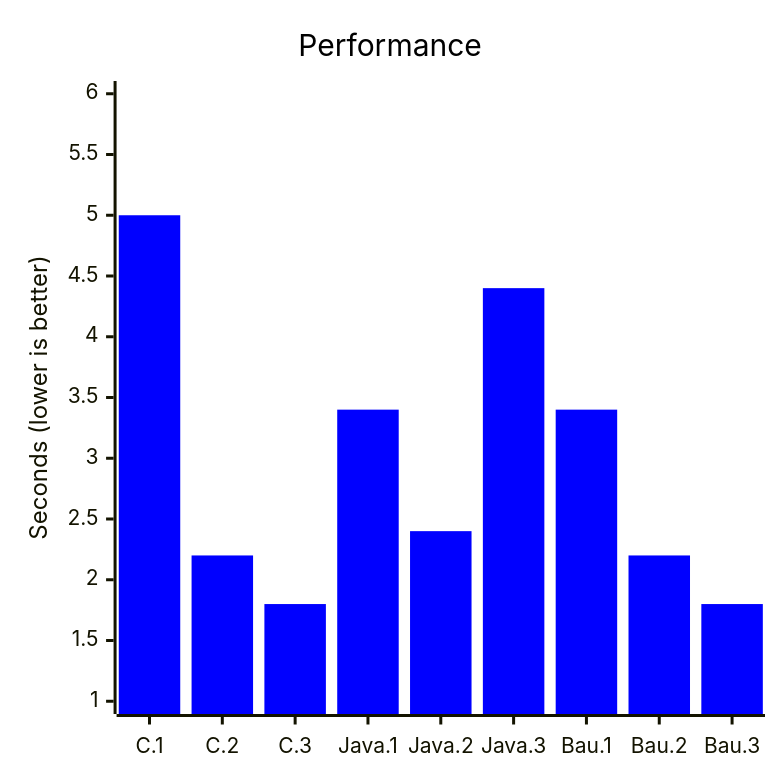
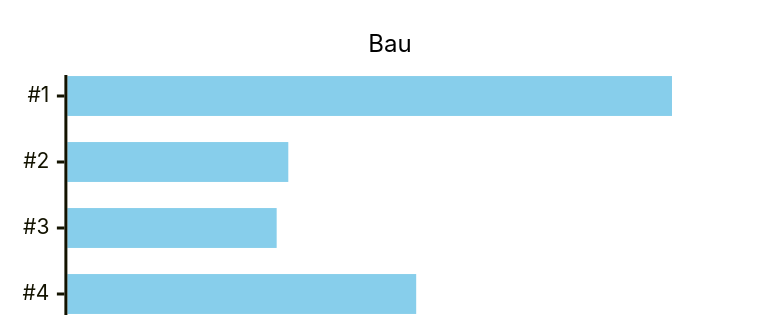
Before and after one commit to thomasmueller/bau-lang: the first of 5 diagrams in doc/performance.md, drawn with Mermaid. The commit also changed other lines of this file and 29 other files, not shown here.

````diff
--- a/doc/performance.md
+++ b/doc/performance.md
@@ -43,17 +52,21 @@
 ```mermaid
 ---
 config:
     xyChart:
+        titleFontSize: 16
         width: 500
-        height: 500
+        height: 200
+        plotReservedSpacePercent: 80
+        yAxis: { showLabel: false, showTick: false, showAxisLine: false }
+        chartOrientation: "horizontal"
     themeVariables:
         xyChart:
             titleColor: "#000000"
-            plotColorPalette: "#0000ff"
+            plotColorPalette: "#87CEEB"
 ---
 xychart-beta
-    title "Performance"
-    x-axis [C.1, C.2, C.3, Java.1, Java.2, Java.3, Bau.1, Bau.2, Bau.3]
-    y-axis "Seconds (lower is better)" 1 --> 6
-    bar [5.0, 2.2, 1.8, 3.4, 2.4, 4.4, 3.4, 2.2, 1.8]
+    title "Bau"
+    x-axis [#1, #2, #3, #4]
+    y-axis "Seconds" 0 --> 6
+    bar [5.2, 1.9, 1.8, 3.0]
 ```
````
